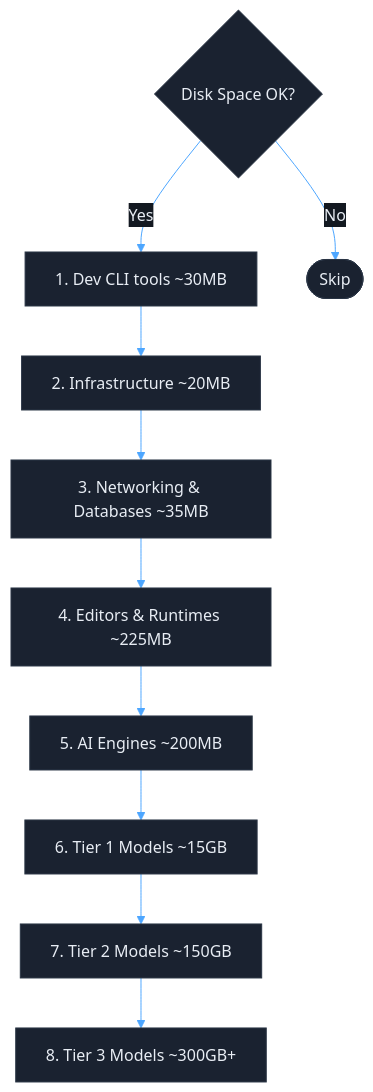
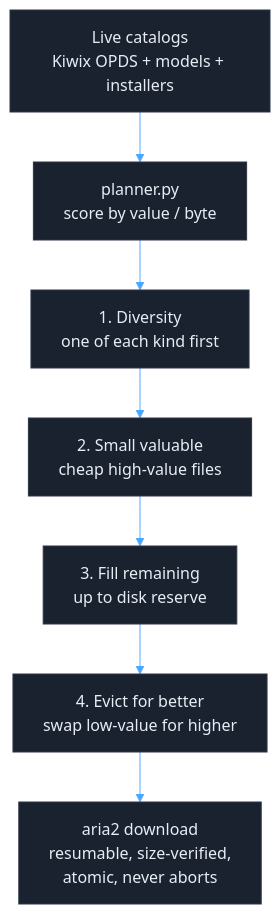
Before and after one commit to mvalancy/val-ark: the second of 3 diagrams in README.md, drawn with Mermaid. The commit also changed other lines of this file and 13 other files, not shown here.

````diff
--- a/README.md
+++ b/README.md
@@ -83,20 +98,17 @@
 ```mermaid
 %%{init: {'theme': 'base', 'themeVariables': {
   'primaryColor': '#1a2230',
   'primaryBorderColor': '#2a3545',
   'primaryTextColor': '#e8edf4',
   'lineColor': '#4da6ff',
   'secondaryColor': '#131921',
   'tertiaryColor': '#0a0e14'
 }}}%%
 flowchart TD
-    DISK{Disk Space OK?} -->|Yes| T1
-    DISK -->|No| SKIP([Skip])
-    T1["1. Dev CLI tools ~30MB"] --> T2["2. Infrastructure ~20MB"]
-    T2 --> T3["3. Networking & Databases ~35MB"]
-    T3 --> T4["4. Editors & Runtimes ~225MB"]
-    T4 --> T5["5. AI Engines ~200MB"]
-    T5 --> M1["6. Tier 1 Models ~15GB"]
-    M1 --> M2["7. Tier 2 Models ~150GB"]
-    M2 --> M3["8. Tier 3 Models ~300GB+"]
+    CAT["Live catalogs<br/>Kiwix OPDS + models + installers"] --> PLAN["planner.py<br/>score by value / byte"]
+    PLAN --> P1["1. Diversity<br/>one of each kind first"]
+    P1 --> P2["2. Small valuable<br/>cheap high-value files"]
+    P2 --> P3["3. Fill remaining<br/>up to disk reserve"]
+    P3 --> P4["4. Evict for better<br/>swap low-value for higher"]
+    P4 --> FILL["aria2 download<br/>resumable, size-verified,<br/>atomic, never aborts"]
 ```
````
